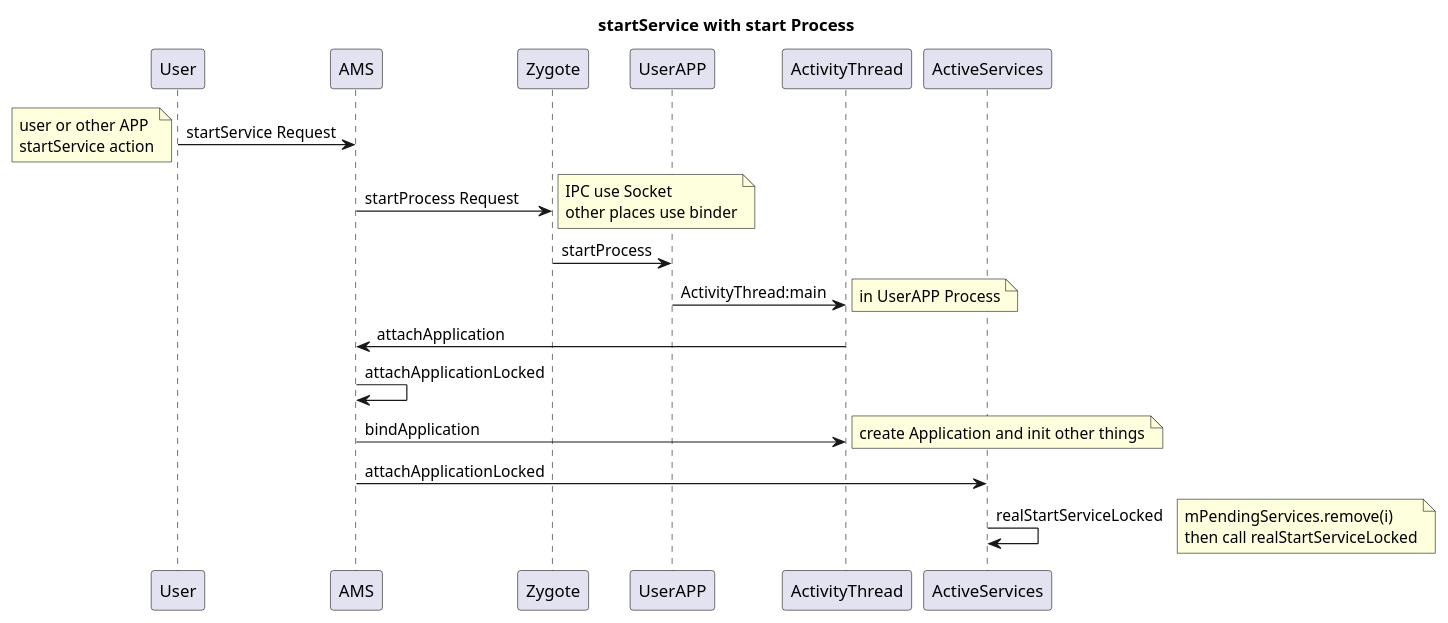
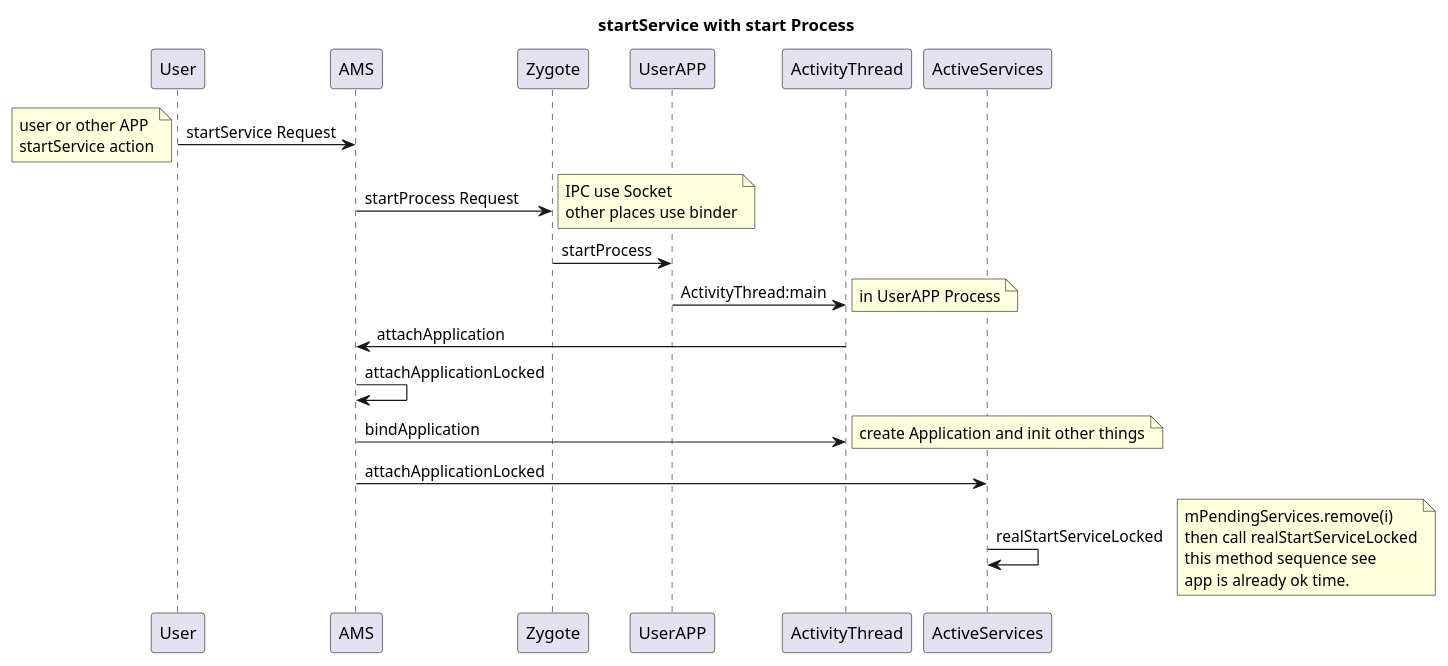
The diagram in docs/service的启动原理_应用未启_02.puml (KentTJ/ImoocRxJavaStudy), drawn with PlantUML before and after one commit. The commit also changed 1 other file, not shown here.

Commit message:
Service的启动流程流程图。

```diff
--- a/docs/service的启动原理_应用未启_02.puml
+++ b/docs/service的启动原理_应用未启_02.puml
@@ -1,39 +1,41 @@
 @startuml
 title startService with start Process
 
 User -> AMS : startService Request
 note left
 user or other APP
 startService action
 end note
 
 AMS -> Zygote: startProcess Request
 note right
 IPC use Socket
 other places use binder
 end note
 
 Zygote -> UserAPP: startProcess
 
 UserAPP -> ActivityThread: ActivityThread:main
 note right
 in UserAPP Process
 end note
 
 ActivityThread -> AMS: attachApplication
 
 AMS -> AMS: attachApplicationLocked
 
 AMS -> ActivityThread: bindApplication
 note right: create Application and init other things
 
 AMS -> ActiveServices: attachApplicationLocked
 
 ActiveServices -> ActiveServices: realStartServiceLocked
 note right
 mPendingServices.remove(i)
 then call realStartServiceLocked
+this method sequence see
+app is already ok time.
 end note
 
 
 @enduml
```
